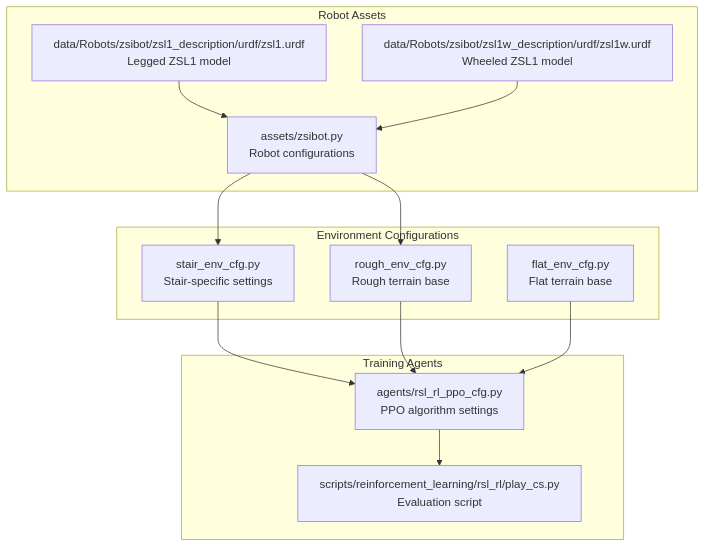
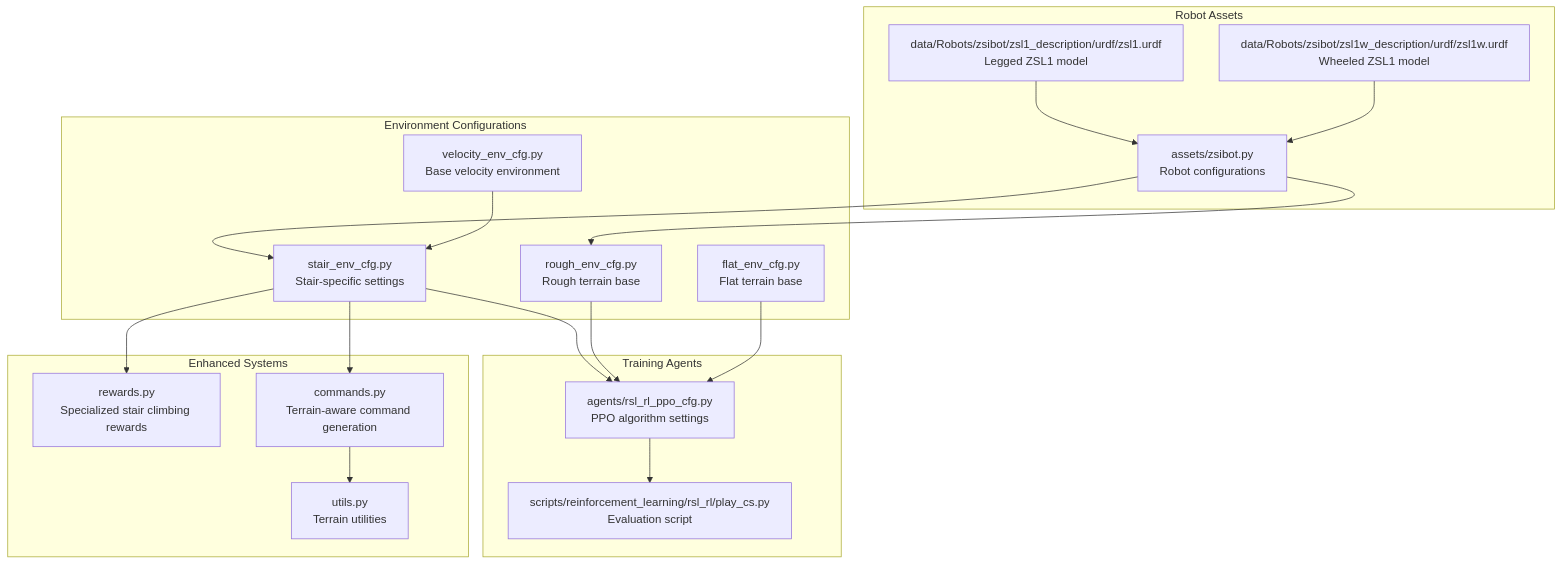
Before and after one commit to jayjayhust/robot_lab: the first of 8 diagrams in .qoder/repowiki/en/content/ZSIBOT ZSL1 Stair Climbing Configuration.md, drawn with Mermaid. The commit also changed other lines of this file and 10 other files, not shown here.

````diff
--- a/.qoder/repowiki/en/content/ZSIBOT ZSL1 Stair Climbing Configuration.md
+++ b/.qoder/repowiki/en/content/ZSIBOT ZSL1 Stair Climbing Configuration.md
@@ -38,25 +50,35 @@
 ```mermaid
 graph TB
 subgraph "Robot Assets"
 ZSIBOT_PY["assets/zsibot.py<br/>Robot configurations"]
 ZSL1_URDF["data/Robots/zsibot/zsl1_description/urdf/zsl1.urdf<br/>Legged ZSL1 model"]
 ZSL1W_URDF["data/Robots/zsibot/zsl1w_description/urdf/zsl1w.urdf<br/>Wheeled ZSL1 model"]
 end
 subgraph "Environment Configurations"
 STAIR_CFG["stair_env_cfg.py<br/>Stair-specific settings"]
 ROUGH_CFG["rough_env_cfg.py<br/>Rough terrain base"]
 FLAT_CFG["flat_env_cfg.py<br/>Flat terrain base"]
+VEL_ENV["velocity_env_cfg.py<br/>Base velocity environment"]
 end
 subgraph "Training Agents"
 PPO_CFG["agents/rsl_rl_ppo_cfg.py<br/>PPO algorithm settings"]
 PLAY_CS["scripts/reinforcement_learning/rsl_rl/play_cs.py<br/>Evaluation script"]
+end
+subgraph "Enhanced Systems"
+REWARDS["rewards.py<br/>Specialized stair climbing rewards"]
+COMMANDS["commands.py<br/>Terrain-aware command generation"]
+UTILS["utils.py<br/>Terrain utilities"]
 end
 ZSIBOT_PY --> STAIR_CFG
 ZSIBOT_PY --> ROUGH_CFG
 ZSL1_URDF --> ZSIBOT_PY
 ZSL1W_URDF --> ZSIBOT_PY
 STAIR_CFG --> PPO_CFG
 ROUGH_CFG --> PPO_CFG
 FLAT_CFG --> PPO_CFG
 PPO_CFG --> PLAY_CS
+STAIR_CFG --> REWARDS
+STAIR_CFG --> COMMANDS
+COMMANDS --> UTILS
+VEL_ENV --> STAIR_CFG
 ```
````
